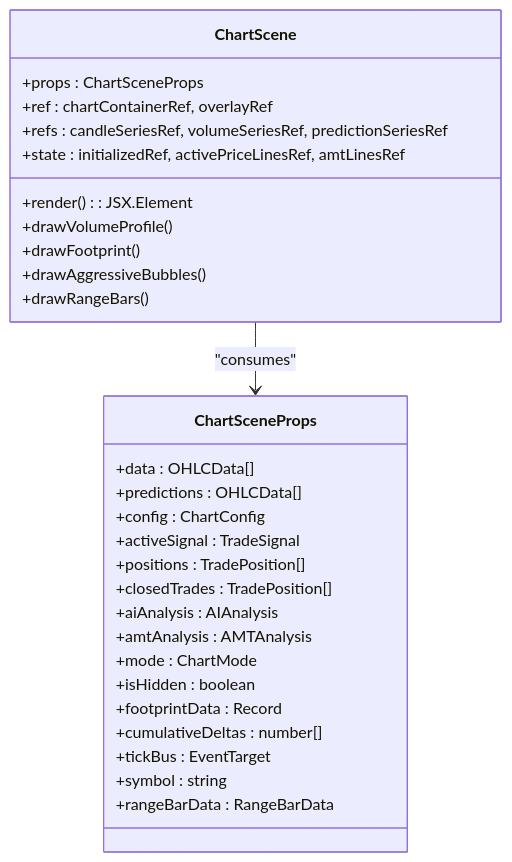
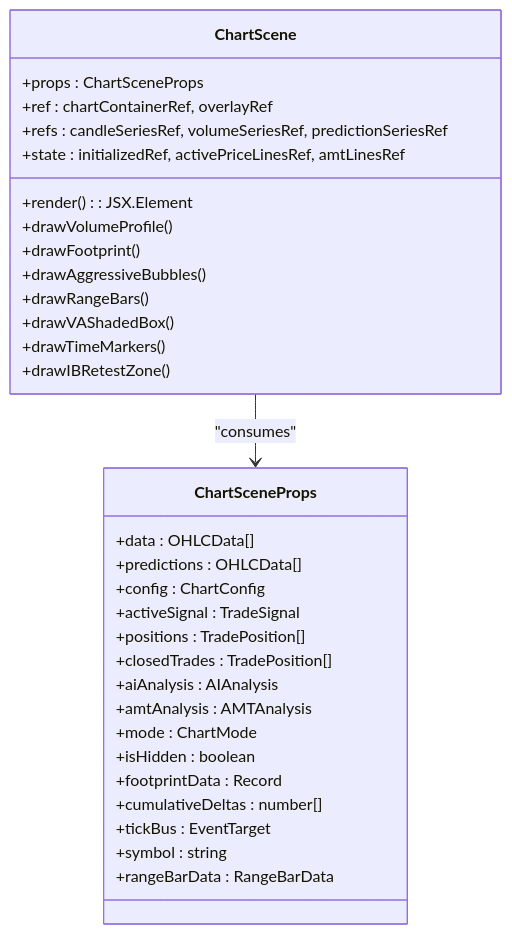
Before and after one commit to gemrajkhatry-maker/v5-of-glassytrade-ai: the third of 6 diagrams in .qoder/repowiki/en/content/Frontend Application/React Components/Chart Visualization Components/Chart Visualization Components.md, drawn with Mermaid. The commit also changed other lines of this file and 930 other files, not shown here.

````diff
--- a/.qoder/repowiki/en/content/Frontend Application/React Components/Chart Visualization Components/Chart Visualization Components.md
+++ b/.qoder/repowiki/en/content/Frontend Application/React Components/Chart Visualization Components/Chart Visualization Components.md
@@ -149,32 +174,35 @@
 ```mermaid
 classDiagram
 class ChartScene {
 +props : ChartSceneProps
 +ref : chartContainerRef, overlayRef
 +refs : candleSeriesRef, volumeSeriesRef, predictionSeriesRef
 +state : initializedRef, activePriceLinesRef, amtLinesRef
 +render() : JSX.Element
 +drawVolumeProfile()
 +drawFootprint()
 +drawAggressiveBubbles()
 +drawRangeBars()
++drawVAShadedBox()
++drawTimeMarkers()
++drawIBRetestZone()
 }
 class ChartSceneProps {
 +data : OHLCData[]
 +predictions : OHLCData[]
 +config : ChartConfig
 +activeSignal : TradeSignal
 +positions : TradePosition[]
 +closedTrades : TradePosition[]
 +aiAnalysis : AIAnalysis
 +amtAnalysis : AMTAnalysis
 +mode : ChartMode
 +isHidden : boolean
 +footprintData : Record<string, FootprintCandle>
 +cumulativeDeltas : number[]
 +tickBus : EventTarget
 +symbol : string
 +rangeBarData : RangeBarData
 }
 ChartScene --> ChartSceneProps : "consumes"
 ```
````
